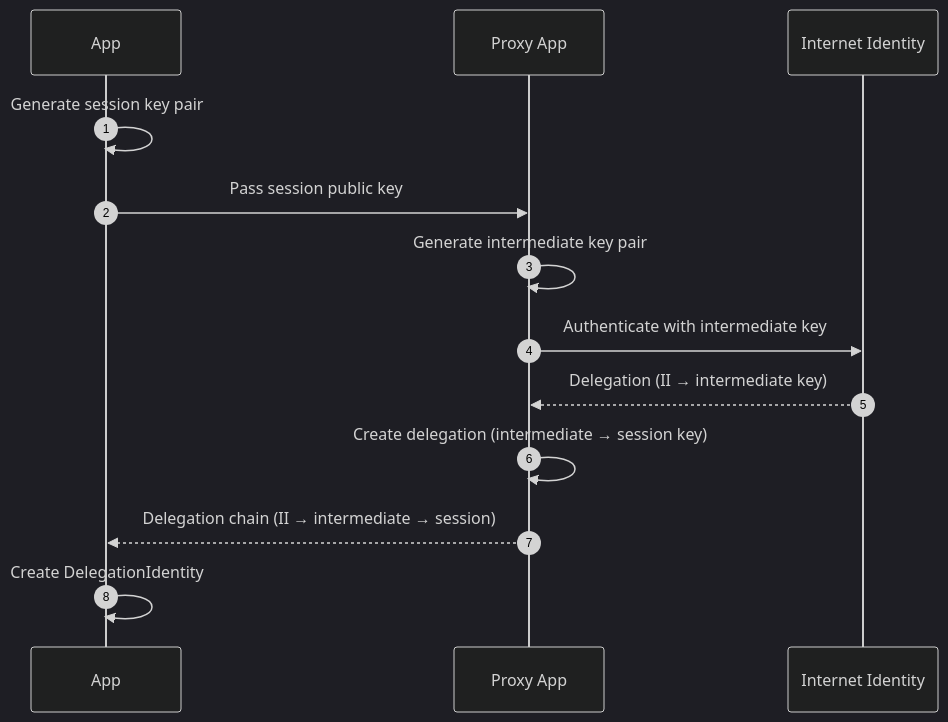
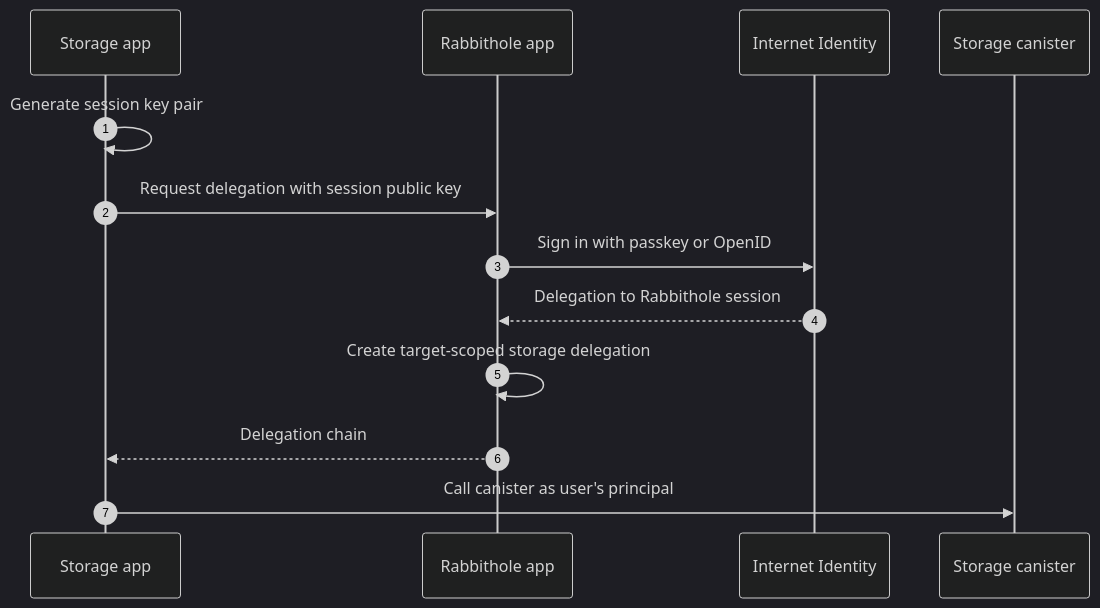
Before and after one commit to rabbithole-app/v2: the third of 4 diagrams in apps/docs/src/en/how-it-works/authentication.md, drawn with Mermaid (dark theme). The commit also changed other lines of this file and 36 other files, not shown here.

````diff
--- a/apps/docs/src/en/how-it-works/authentication.md
+++ b/apps/docs/src/en/how-it-works/authentication.md
@@ -72,16 +199,16 @@
 ```mermaid
 sequenceDiagram
     autonumber
-    participant App as App
-    participant Proxy as Proxy App
+    participant S as Storage app
+    participant R as Rabbithole app
     participant II as Internet Identity
+    participant C as Storage canister
 
-    App->>App: Generate session key pair
-    App->>Proxy: Pass session public key
-    Proxy->>Proxy: Generate intermediate key pair
-    Proxy->>II: Authenticate with intermediate key
-    II-->>Proxy: Delegation (II → intermediate key)
-    Proxy->>Proxy: Create delegation (intermediate → session key)
-    Proxy-->>App: Delegation chain (II → intermediate → session)
-    App->>App: Create DelegationIdentity
+    S->>S: Generate session key pair
+    S->>R: Request delegation with session public key
+    R->>II: Sign in with passkey or OpenID
+    II-->>R: Delegation to Rabbithole session
+    R->>R: Create target-scoped storage delegation
+    R-->>S: Delegation chain
+    S->>C: Call canister as user's principal
 ```
````
